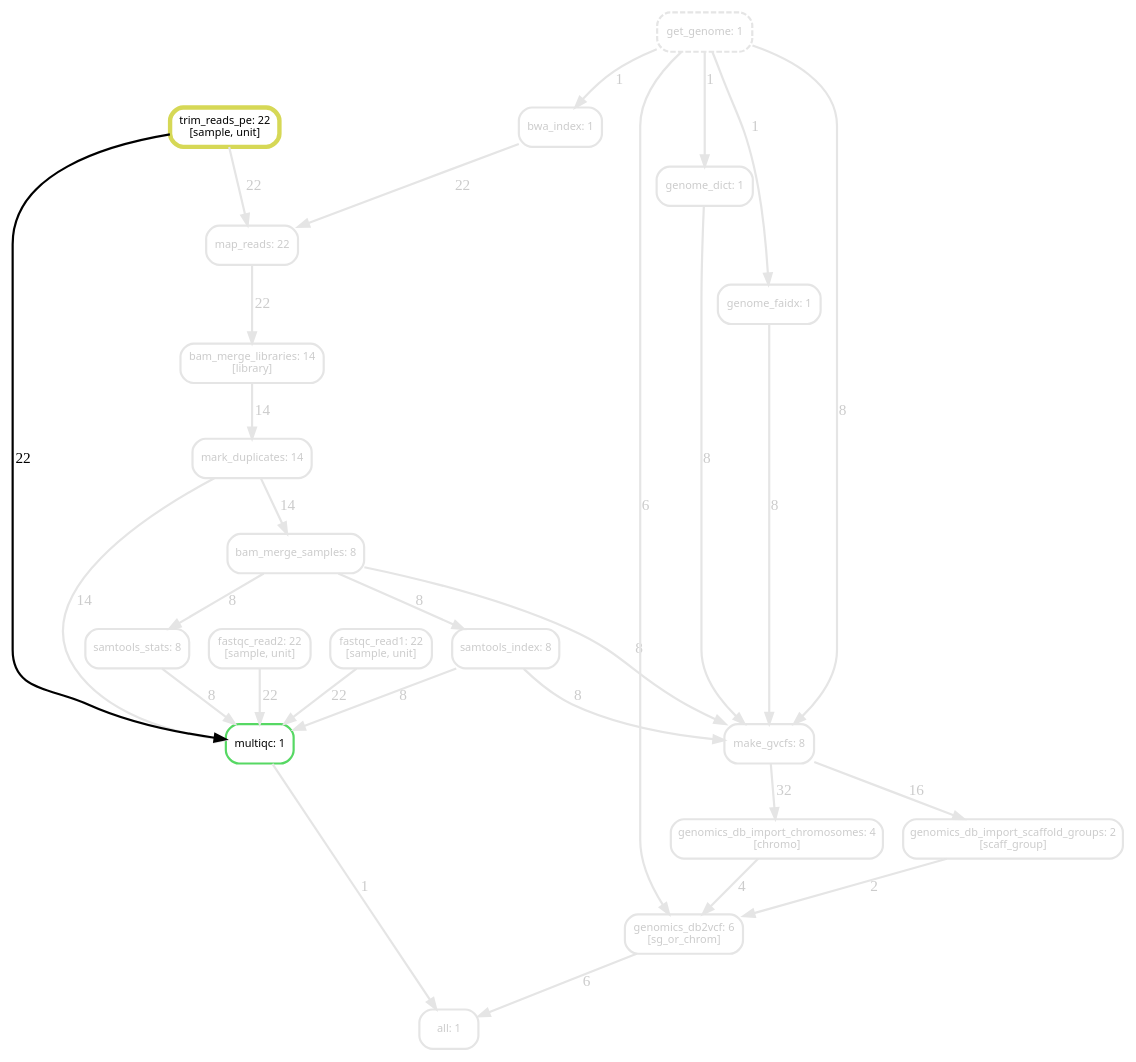
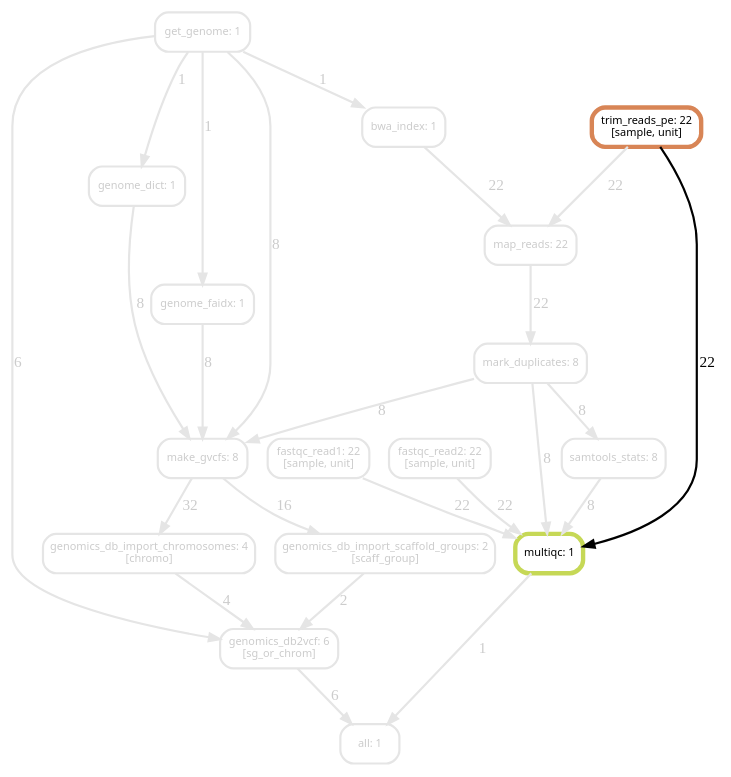
The diagram in figure-creation/non-model-wgs-workflow-dags/trimmo.dot (ambuvjyn/eca-bioinf-handbook), drawn with Graphviz before and after one commit. The commit also changed 52 other files, not shown here.

```diff
--- a/figure-creation/non-model-wgs-workflow-dags/trimmo.dot
+++ b/figure-creation/non-model-wgs-workflow-dags/trimmo.dot
@@ -1,52 +1,44 @@
 digraph snakemake_dag {
     graph[bgcolor=white, margin=0];
     node[shape=box, style=rounded, fontname=sans,  color="gray90",  fontcolor="gray80",  fontsize=10, penwidth=2];
     edge[penwidth=2, color="gray90", fontcolor="gray80"];
-    1[label = "bam_merge_libraries: 14\n[library]", style="rounded"];
-    2[label = "bam_merge_samples: 8", style="rounded"];
-    3[label = "bwa_index: 1", style="rounded"];
-    4[label = "fastqc_read1: 22\n[sample, unit]", style="rounded"];
-    5[label = "fastqc_read2: 22\n[sample, unit]", style="rounded"];
-    6[label = "genome_dict: 1", style="rounded"];
-    7[label = "genome_faidx: 1", style="rounded"];
-    8[label = "genomics_db_import_chromosomes: 4\n[chromo]", style="rounded"];
-    9[label = "genomics_db_import_scaffold_groups: 2\n[scaff_group]", style="rounded"];
-    10[label = "genomics_db2vcf: 6\n[sg_or_chrom]", style="rounded"];
-    11[label = "get_genome: 1", style="rounded,dashed"];
-    12[label = "make_gvcfs: 8", style="rounded"];
-    13[label = "map_reads: 22", style="rounded"];
-    14[label = "mark_duplicates: 14", style="rounded"];
-    15[label = "multiqc: 1", color = "0.35 0.6 0.85", fontcolor="black", style="rounded"];
-    16[label = "samtools_index: 8", style="rounded"];
-    17[label = "samtools_stats: 8", style="rounded"];
-    18[label = "trim_reads_pe: 22\n[sample, unit]", color = "0.17 0.6 0.85", fontcolor="black", penwidth=4, style="rounded"];
-    19[label = "all: 1", style="rounded"];
-    1 -> 14 [label = "14"];
-    2 -> 12 [label = "8"];
-    2 -> 16 [label = "8"];
-    2 -> 17 [label = "8"];
+    1[label = "bwa_index: 1", style="rounded"];
+    2[label = "fastqc_read1: 22\n[sample, unit]", style="rounded"];
+    3[label = "fastqc_read2: 22\n[sample, unit]", style="rounded"];
+    4[label = "genome_dict: 1", style="rounded"];
+    5[label = "genome_faidx: 1", style="rounded"];
+    6[label = "genomics_db_import_chromosomes: 4\n[chromo]", style="rounded"];
+    7[label = "genomics_db_import_scaffold_groups: 2\n[scaff_group]", style="rounded"];
+    8[label = "genomics_db2vcf: 6\n[sg_or_chrom]", style="rounded"];
+    9[label = "get_genome: 1", style="rounded"];
+    10[label = "make_gvcfs: 8", style="rounded"];
+    11[label = "map_reads: 22", style="rounded"];
+    12[label = "mark_duplicates: 8", style="rounded"];
+    13[label = "multiqc: 1", color = "0.19 0.6 0.85", style="rounded", fontcolor="black", penwidth=4];
+    14[label = "samtools_stats: 8", style="rounded"];
+    15[label = "trim_reads_pe: 22\n[sample, unit]", color = "0.06 0.6 0.85", style="rounded", fontcolor="black", penwidth=4];
+    16[label = "all: 1", style="rounded"];
+    1 -> 11 [label = "22"];
+    2 -> 13 [label = "22"];
     3 -> 13 [label = "22"];
-    4 -> 15 [label = "22"];
-    5 -> 15 [label = "22"];
-    6 -> 12 [label = "8"];
-    7 -> 12 [label = "8"];
-    8 -> 10 [label = "4"];
-    9 -> 10 [label = "2"];
-    10 -> 19 [label = "6"];
-    11 -> 3 [label = "1"];
-    11 -> 6 [label = "1"];
-    11 -> 7 [label = "1"];
-    11 -> 10 [label = "6"];
-    11 -> 12 [label = "8"];
-    12 -> 8 [label = "32"];
-    12 -> 9 [label = "16"];
-    13 -> 1 [label = "22"];
-    14 -> 2 [label = "14"];
-    14 -> 15 [label = "14"];
-    15 -> 19 [label = "1"];
-    16 -> 12 [label = "8"];
-    16 -> 15 [label = "8"];
-    17 -> 15 [label = "8"];
-    18 -> 13 [label = "22"];
-    18 -> 15 [label = "22", color="black", fontcolor="black"];
+    4 -> 10 [label = "8"];
+    5 -> 10 [label = "8"];
+    6 -> 8 [label = "4"];
+    7 -> 8 [label = "2"];
+    8 -> 16 [label = "6"];
+    9 -> 1 [label = "1"];
+    9 -> 4 [label = "1"];
+    9 -> 5 [label = "1"];
+    9 -> 8 [label = "6"];
+    9 -> 10 [label = "8"];
+    10 -> 6 [label = "32"];
+    10 -> 7 [label = "16"];
+    11 -> 12 [label = "22"];
+    12 -> 10 [label = "8"];
+    12 -> 13 [label = "8"];
+    12 -> 14 [label = "8"];
+    13 -> 16 [label = "1"];
+    14 -> 13 [label = "8"];
+    15 -> 11 [label = "22"];
+    15 -> 13 [label = "22", color="black", fontcolor="black"];
 }
```
